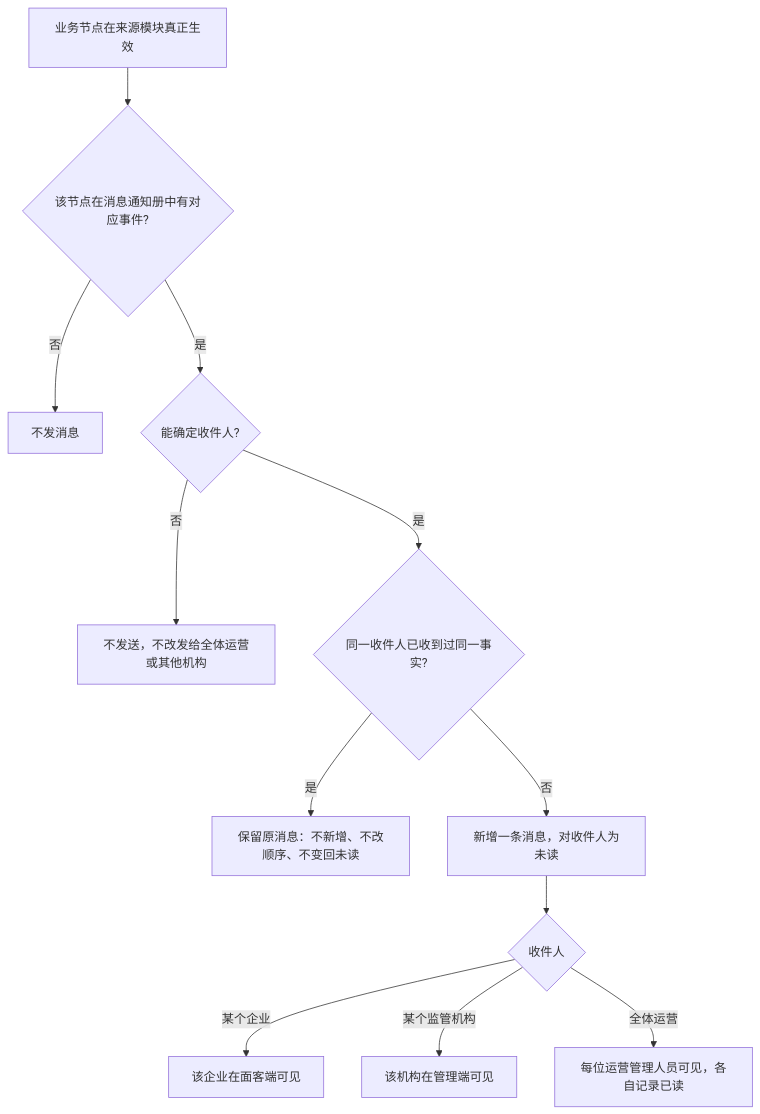
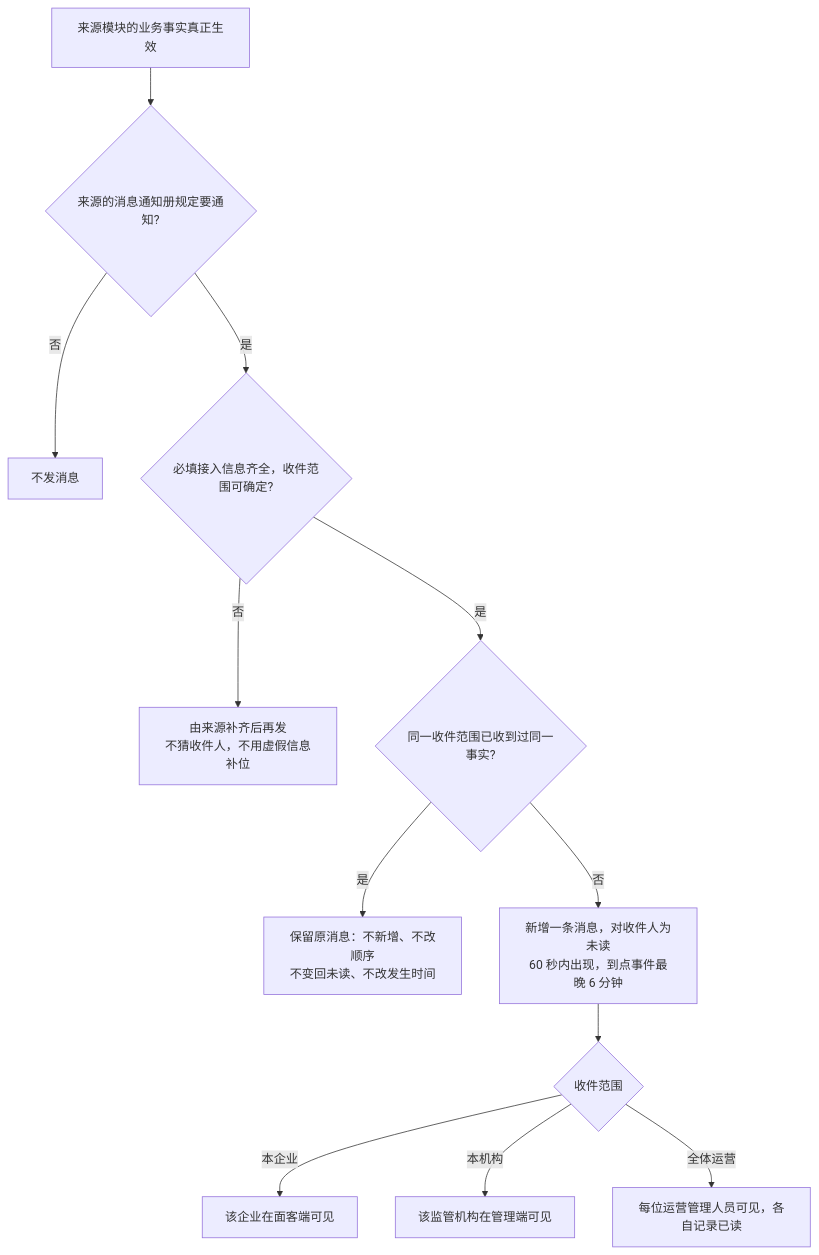
One commit to wxblockchain/Chain-Financing changed the first of 4 diagrams in token-issuance-platform/PRD/v1.0-消息通知-流程图与状态机.md. Above: the diagram before and after it, drawn with Mermaid. The commit also changed other lines of this file and 4 other files, not shown here.

````diff
--- a/token-issuance-platform/PRD/v1.0-消息通知-流程图与状态机.md
+++ b/token-issuance-platform/PRD/v1.0-消息通知-流程图与状态机.md
@@ -19,14 +17,14 @@
 ```mermaid
 flowchart TD
-    A["业务节点在来源模块真正生效"] --> B{"该节点在消息通知册中有对应事件?"}
+    A["来源模块的业务事实真正生效"] --> B{"来源的消息通知册规定要通知?"}
     B -->|否| B1["不发消息"]
-    B -->|是| C{"能确定收件人?"}
-    C -->|否| C1["不发送，不改发给全体运营或其他机构"]
-    C -->|是| D{"同一收件人已收到过同一事实?"}
-    D -->|是| D1["保留原消息：不新增、不改顺序、不变回未读"]
-    D -->|否| E["新增一条消息，对收件人为未读"]
-    E --> F{"收件人"}
-    F -->|某个企业| G["该企业在面客端可见"]
-    F -->|某个监管机构| H["该机构在管理端可见"]
+    B -->|是| C{"必填接入信息齐全，收件范围可确定?"}
+    C -->|否| C1["由来源补齐后再发<br/>不猜收件人，不用虚假信息补位"]
+    C -->|是| D{"同一收件范围已收到过同一事实?"}
+    D -->|是| D1["保留原消息：不新增、不改顺序<br/>不变回未读、不改发生时间"]
+    D -->|否| E["新增一条消息，对收件人为未读<br/>60 秒内出现，到点事件最晚 6 分钟"]
+    E --> F{"收件范围"}
+    F -->|本企业| G["该企业在面客端可见"]
+    F -->|本机构| H["该监管机构在管理端可见"]
     F -->|全体运营| I["每位运营管理人员可见，各自记录已读"]
 ```
````
